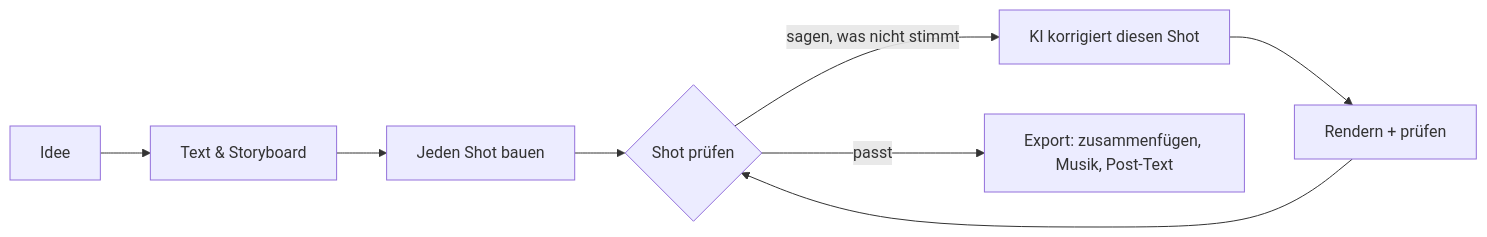
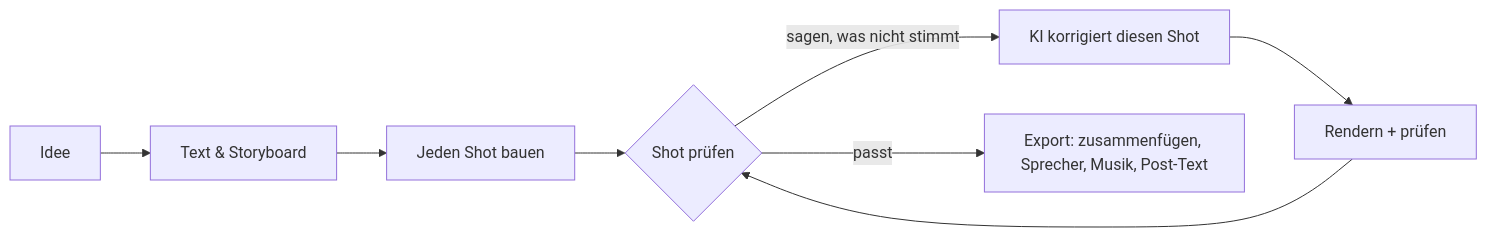
Before and after one commit to chihyungchang/Shotloop: the diagram in README.de.md, drawn with Mermaid. The commit also changed other lines of this file and 161 other files, not shown here.

````diff
--- a/README.de.md
+++ b/README.de.md
@@ -109,8 +109,8 @@
 ```mermaid
 flowchart LR
   A[Idee] --> B[Text &amp; Storyboard]
   B --> C[Jeden Shot bauen]
   C --> D{Shot prüfen}
   D -- "sagen, was nicht stimmt" --> E[KI korrigiert diesen Shot] --> F[Rendern + prüfen] --> D
-  D -- passt --> G[Export: zusammenfügen, Musik, Post-Text]
+  D -- passt --> G[Export: zusammenfügen, Sprecher, Musik, Post-Text]
 ```
````
